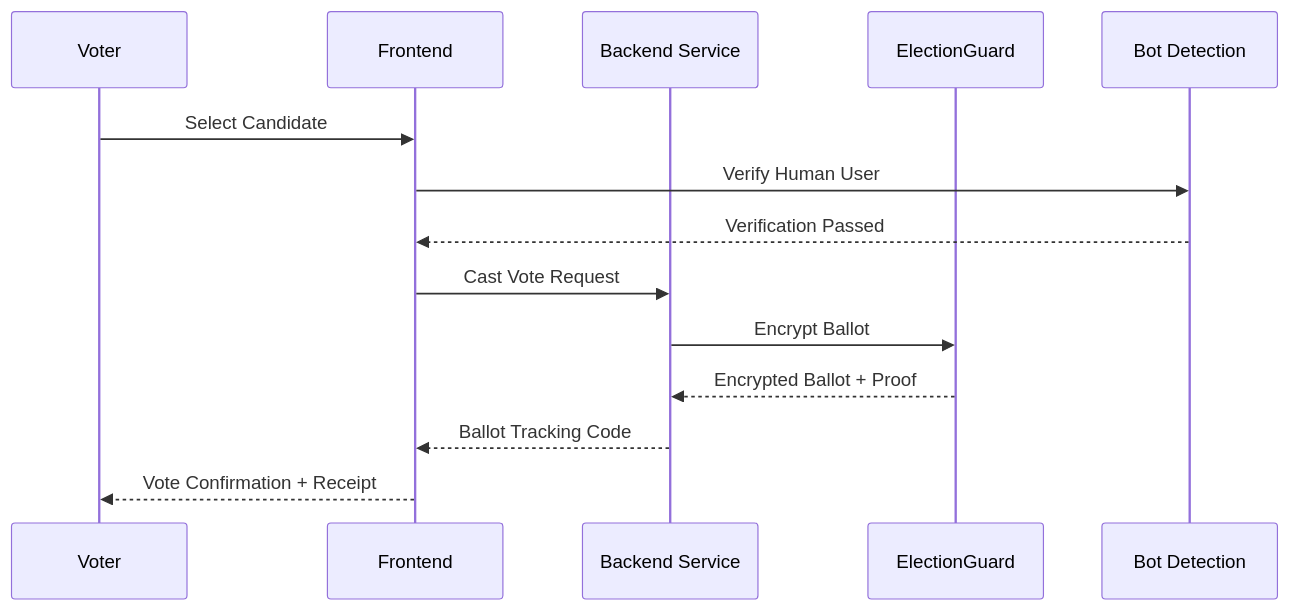
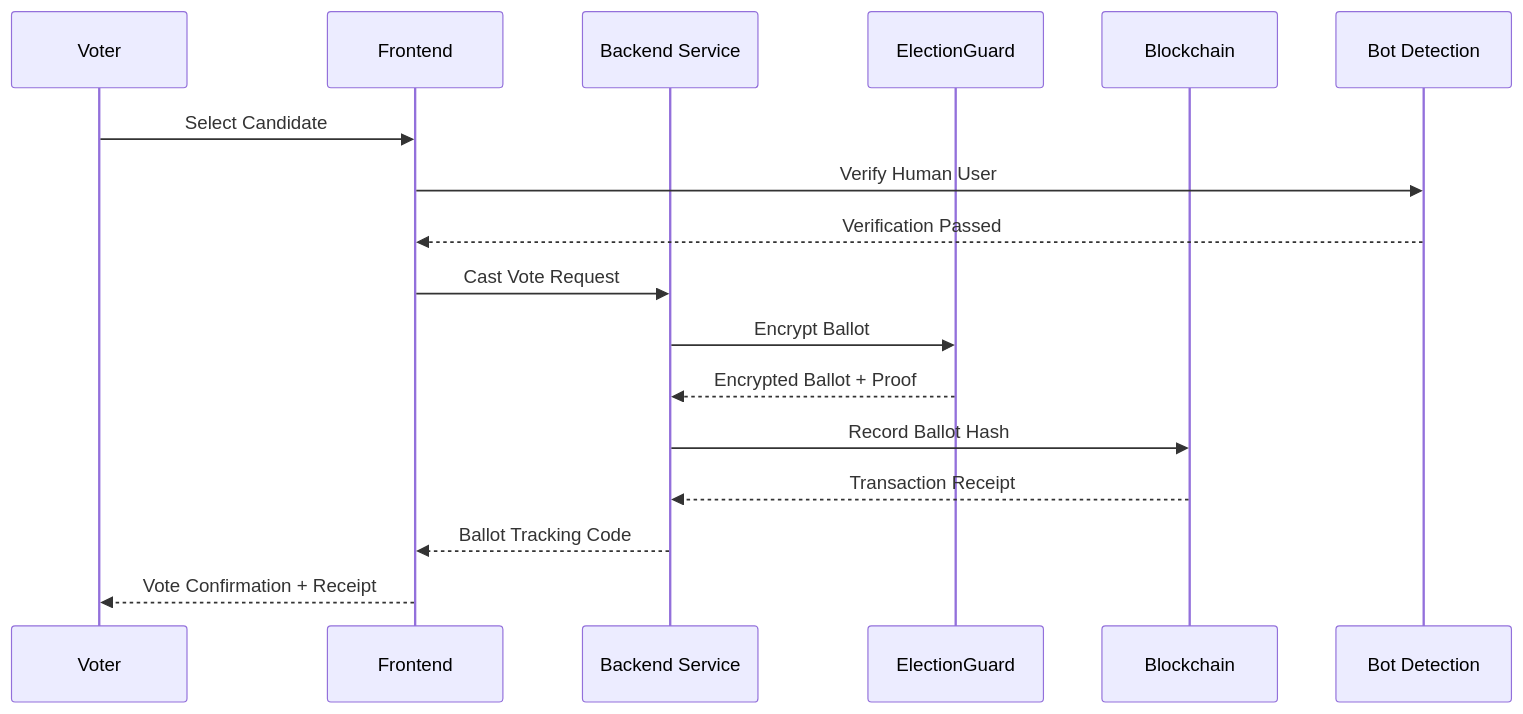
The second of 3 diagrams in README.md (TAR2003/AmarVote), drawn with Mermaid before and after one commit. The commit also changed other lines of this file and 82 other files, not shown here.

````diff
--- a/README.md
+++ b/README.md
@@ -298,17 +312,20 @@
 ```mermaid
 sequenceDiagram
     participant Voter as Voter
     participant Frontend as Frontend
     participant Backend as Backend Service
     participant EG as ElectionGuard
+    participant BC as Blockchain
     participant Bot as Bot Detection
 
     Voter->>Frontend: Select Candidate
     Frontend->>Bot: Verify Human User
     Bot-->>Frontend: Verification Passed
     Frontend->>Backend: Cast Vote Request
     Backend->>EG: Encrypt Ballot
     EG-->>Backend: Encrypted Ballot + Proof
+    Backend->>BC: Record Ballot Hash
+    BC-->>Backend: Transaction Receipt
     Backend-->>Frontend: Ballot Tracking Code
     Frontend-->>Voter: Vote Confirmation + Receipt
 ```
````
